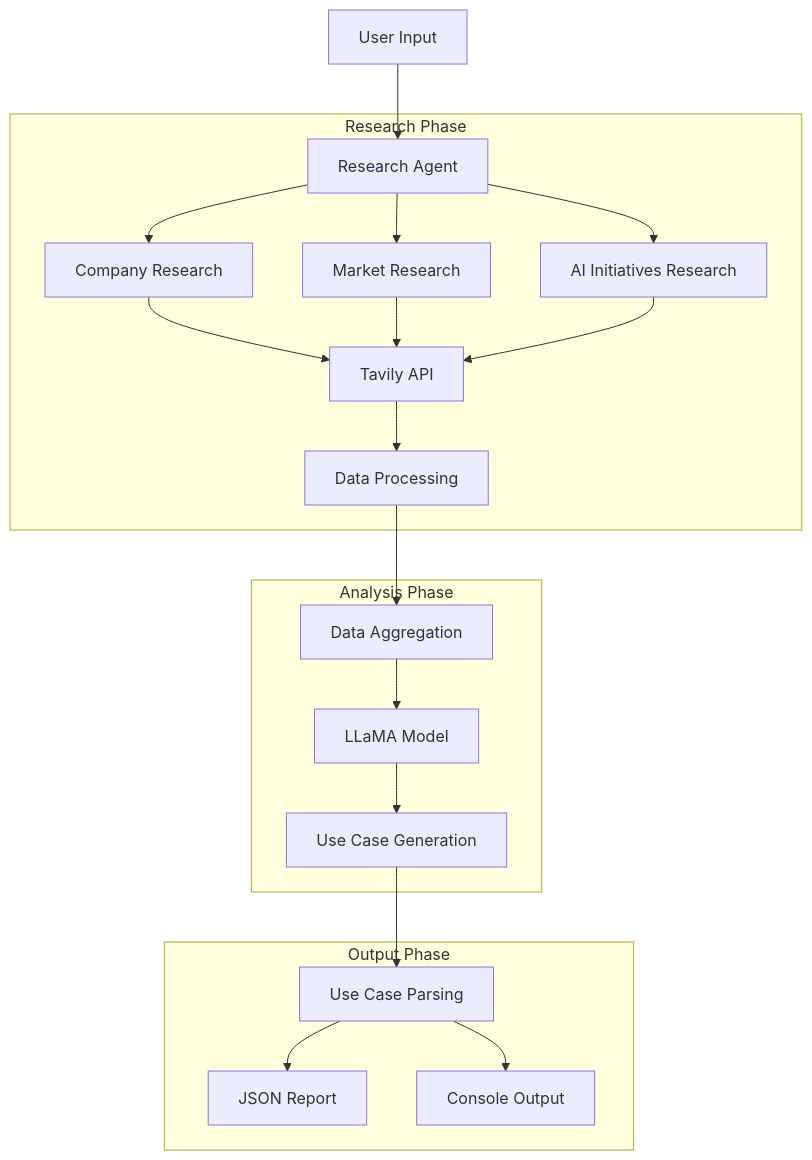
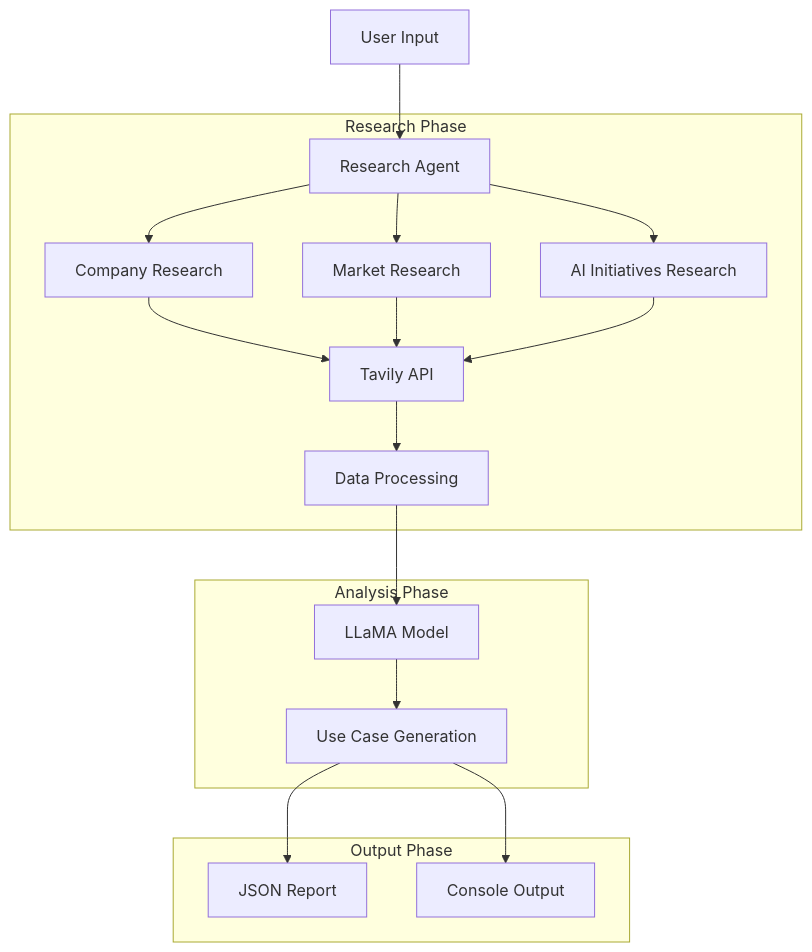
Before and after one commit to roar3691/AI-Multi-Agent-System: the diagram in README.md, drawn with Mermaid. The commit also changed other lines of this file, not shown here.

````diff
--- a/README.md
+++ b/README.md
@@ -6,26 +6,24 @@
 ```mermaid
 graph TD
     A[User Input] --> B[Research Agent]
     
     subgraph Research Phase
         B --> C1[Company Research]
         B --> C2[Market Research]
         B --> C3[AI Initiatives Research]
         C1 --> D[Tavily API]
         C2 --> D
         C3 --> D
         D --> E[Data Processing]
     end
     
     subgraph Analysis Phase
-        E --> F[Data Aggregation]
-        F --> G[LLaMA Model]
-        G --> H[Use Case Generation]
+        E --> F[LLaMA Model]
+        F --> G[Use Case Generation]
     end
     
     subgraph Output Phase
-        H --> I[Use Case Parsing]
-        I --> J1[JSON Report]
-        I --> J2[Console Output]
+        G --> H[JSON Report]
+        G --> I[Console Output]
     end
 ```
````
